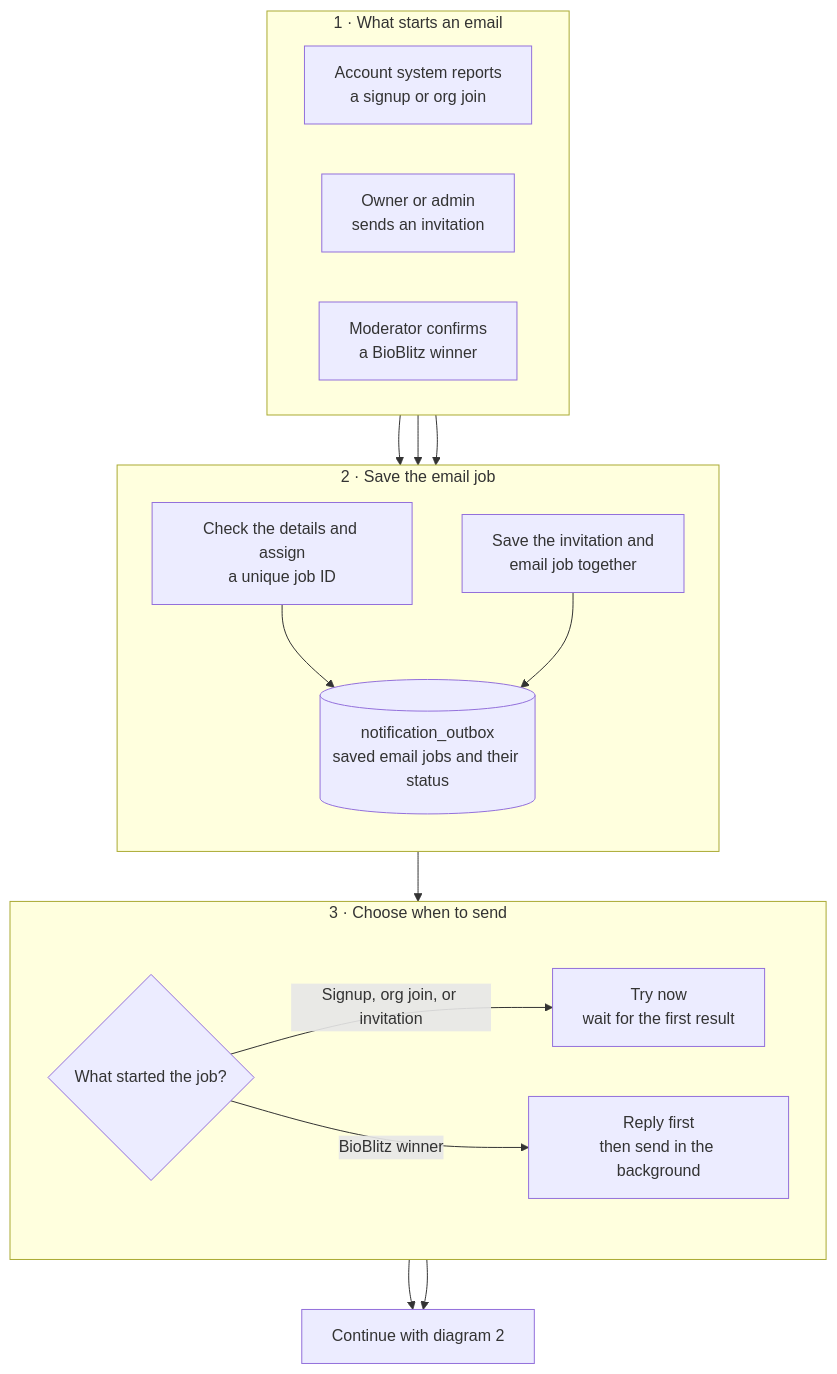
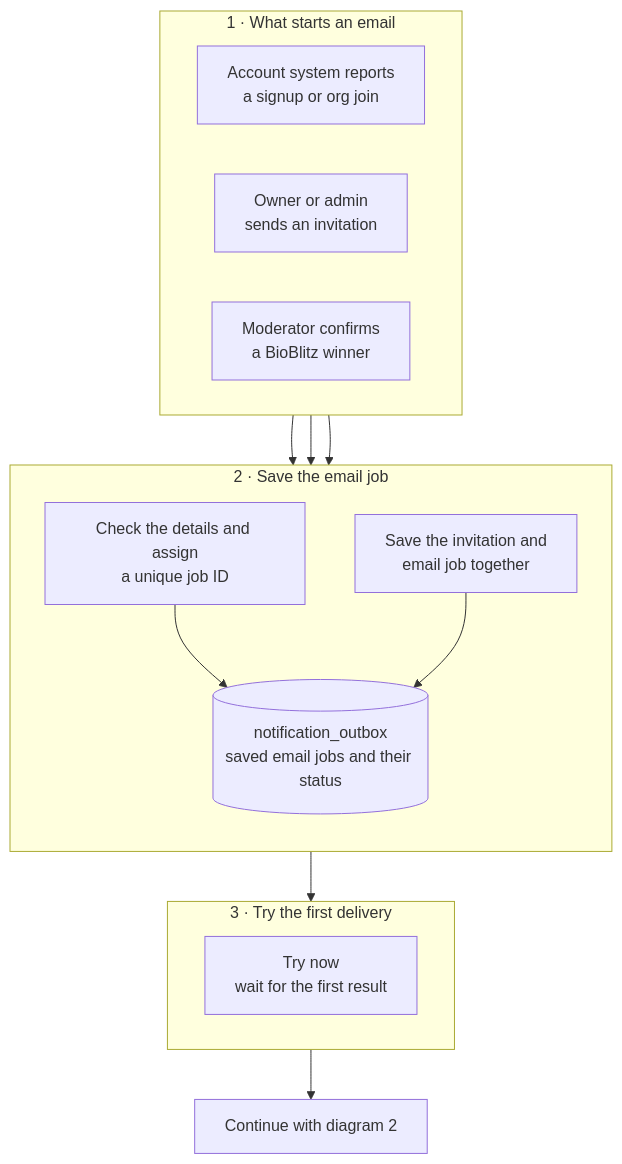
One commit to GainForest/gainforest-app changed the first of 4 diagrams in docs/email-notification-system.md. Above: the diagram before and after it, drawn with Mermaid. The commit also changed other lines of this file and 17 other files, not shown here.

````diff
--- a/docs/email-notification-system.md
+++ b/docs/email-notification-system.md
@@ -11,41 +11,35 @@
 ```mermaid
 flowchart TB
 
   subgraph Triggers["1 · What starts an email"]
     direction LR
 
     Account["Account system reports<br/>a signup or org join"]
     Invitation["Owner or admin<br/>sends an invitation"]
     BioBlitz["Moderator confirms<br/>a BioBlitz winner"]
   end
 
   subgraph Saving["2 · Save the email job"]
     direction TB
 
     SaveJob["Check the details and assign<br/>a unique job ID"]
     SaveTogether["Save the invitation and<br/>email job together"]
     Outbox[("notification_outbox<br/>saved email jobs and their status")]
   end
 
-  subgraph Timing["3 · Choose when to send"]
+  subgraph Timing["3 · Try the first delivery"]
     direction LR
 
-    FirstAttempt{"What started the job?"}
     TryNow["Try now<br/>wait for the first result"]
-    TryAfter["Reply first<br/>then send in the background"]
   end
 
   Account --> SaveJob
   BioBlitz --> SaveJob
   Invitation --> SaveTogether
 
   SaveJob --> Outbox
   SaveTogether --> Outbox
 
-  Outbox --> FirstAttempt
-  FirstAttempt -->|"Signup, org join, or invitation"| TryNow
-  FirstAttempt -->|"BioBlitz winner"| TryAfter
-
+  Outbox --> TryNow
   TryNow --> SendFlow["Continue with diagram 2"]
-  TryAfter --> SendFlow
 ```
````
